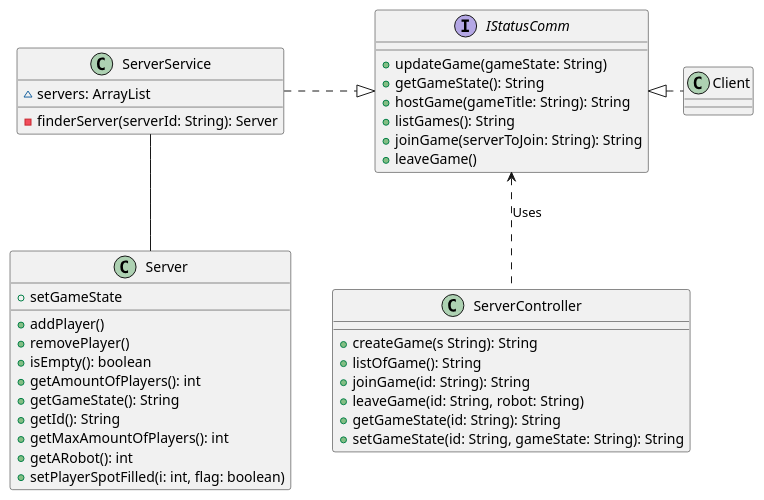
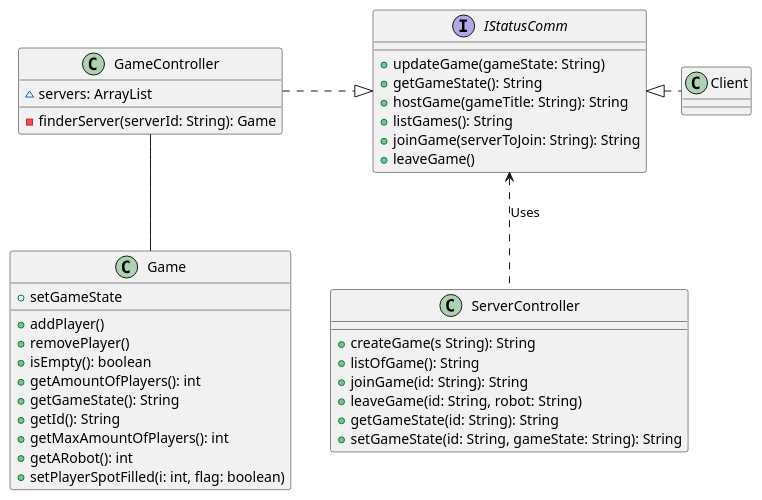
One commit to MikaelFangel/RoboRally changed the diagram in diagrams/ClassDiagrams/Server.puml. Above: the diagram before and after it, drawn with PlantUML.

```diff
--- a/diagrams/ClassDiagrams/Server.puml
+++ b/diagrams/ClassDiagrams/Server.puml
@@ -1,44 +1,44 @@
 @startuml
 'https://plantuml.com/class-diagram
 interface IStatusComm {
     + updateGame(gameState: String)
     + getGameState(): String
     + hostGame(gameTitle: String): String
     + listGames(): String
     + joinGame(serverToJoin: String): String
     + leaveGame()
 }
 
 class Client
-class ServerService {
+class GameController {
     ~ servers: ArrayList
-    - finderServer(serverId: String): Server
+    - finderServer(serverId: String): Game
 }
 class ServerController {
     + createGame(s String): String
     + listOfGame(): String
     + joinGame(id: String): String
     + leaveGame(id: String, robot: String)
     + getGameState(id: String): String
     + setGameState(id: String, gameState: String): String
 
 }
-class Server {
+class Game {
     + addPlayer()
     + removePlayer()
     + isEmpty(): boolean
     + getAmountOfPlayers(): int
     + getGameState(): String
     + setGameState
     + getId(): String
     + getMaxAmountOfPlayers(): int
     + getARobot(): int
     + setPlayerSpotFilled(i: int, flag: boolean)
 }
 
 IStatusComm <|.r. Client
-IStatusComm <|.l.ServerService : \t\t
+IStatusComm <|.l.GameController : \t\t
 IStatusComm <..ServerController : Uses
-ServerService -- Server
+GameController -- Game
 
 @enduml
```
